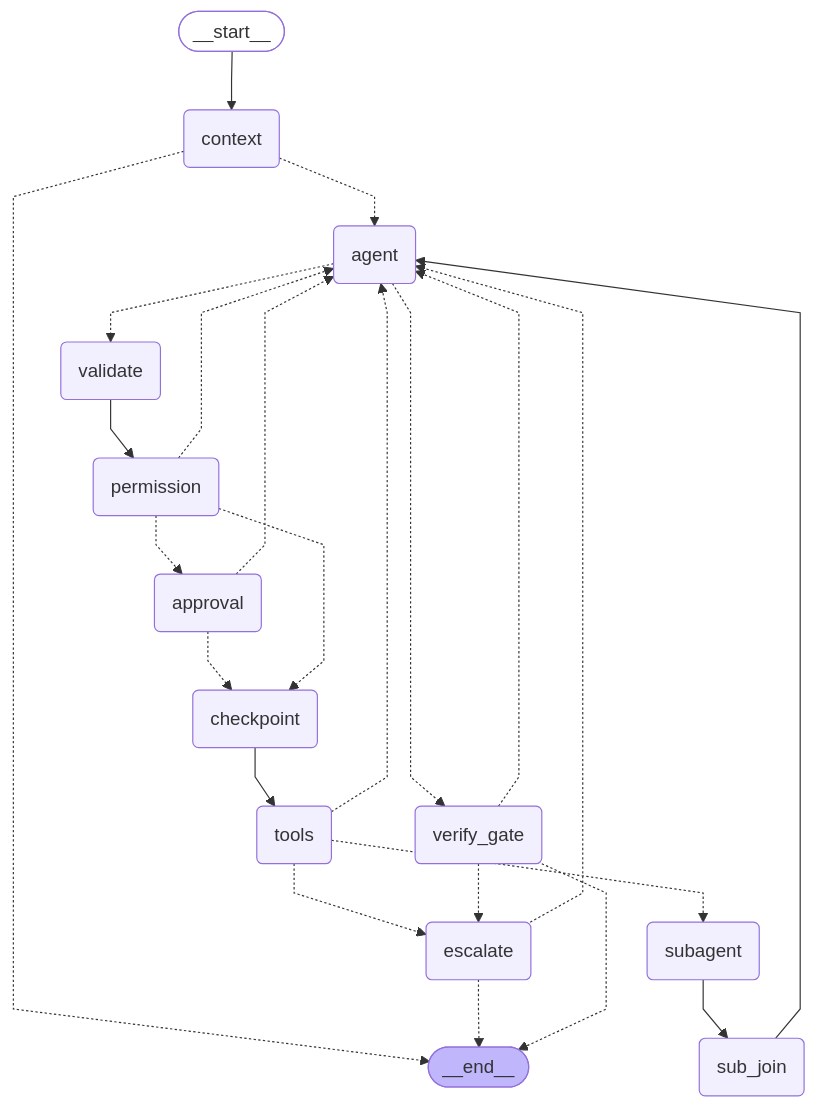
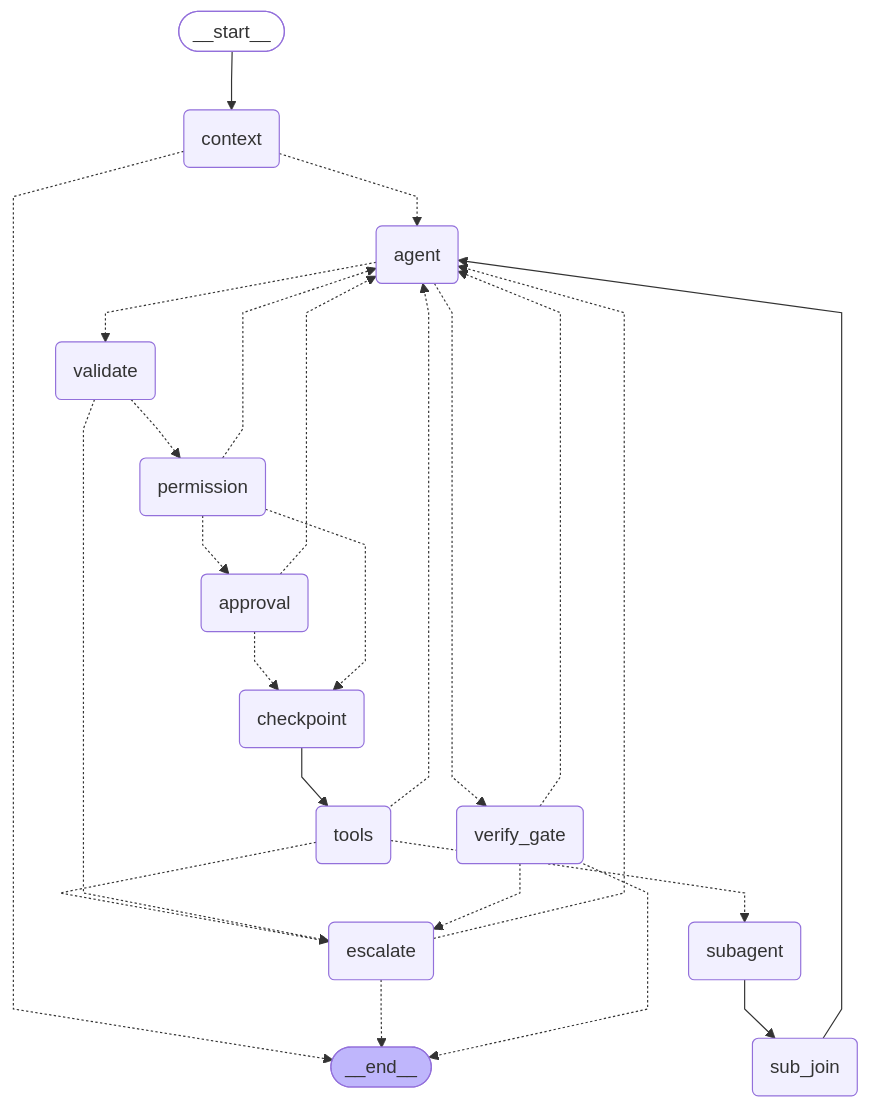
The diagram in docs/cap/graph.mmd (juyoung020/cap-agent), drawn with Mermaid before and after one commit. The commit also changed 25 other files, not shown here.

```diff
--- a/docs/cap/graph.mmd
+++ b/docs/cap/graph.mmd
@@ -1,44 +1,45 @@
 ---
 config:
   flowchart:
     curve: linear
 ---
 graph TD;
 	__start__([<p>__start__</p>]):::first
 	context(context)
 	agent(agent)
 	validate(validate)
 	permission(permission)
 	approval(approval)
 	checkpoint(checkpoint)
 	tools(tools)
 	verify_gate(verify_gate)
 	escalate(escalate)
 	subagent(subagent)
 	sub_join(sub_join)
 	__end__([<p>__end__</p>]):::last
 	__start__ --> context;
 	agent -.-> validate;
 	agent -.-> verify_gate;
 	approval -.-> agent;
 	approval -.-> checkpoint;
 	checkpoint --> tools;
 	context -.-> __end__;
 	context -.-> agent;
 	escalate -.-> __end__;
 	escalate -.-> agent;
 	permission -.-> agent;
 	permission -.-> approval;
 	permission -.-> checkpoint;
 	sub_join --> agent;
 	subagent --> sub_join;
 	tools -.-> agent;
 	tools -.-> escalate;
 	tools -.-> subagent;
-	validate --> permission;
+	validate -.-> escalate;
+	validate -.-> permission;
 	verify_gate -.-> __end__;
 	verify_gate -.-> agent;
 	verify_gate -.-> escalate;
 	classDef default fill:#f2f0ff,line-height:1.2
 	classDef first fill-opacity:0
 	classDef last fill:#bfb6fc
```
